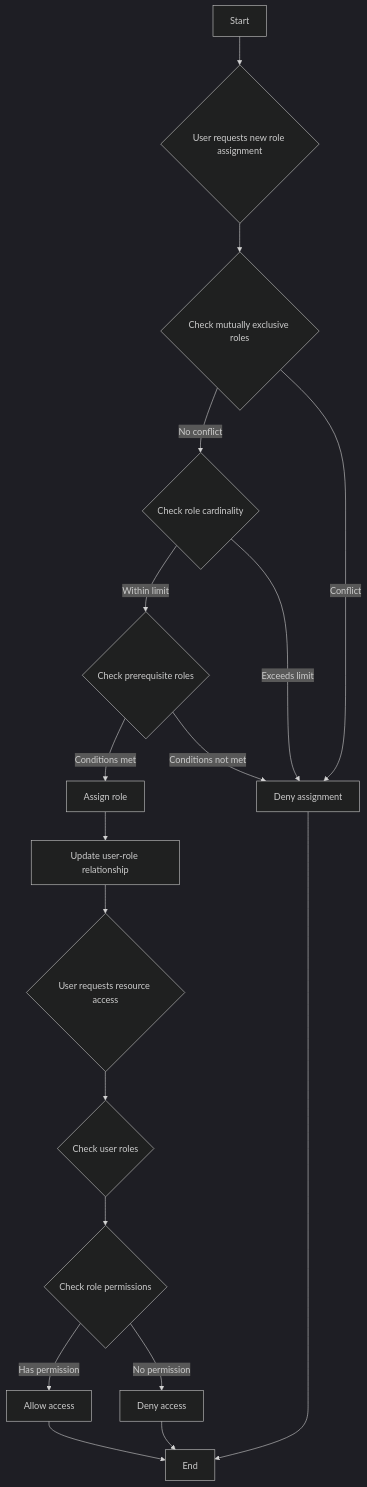
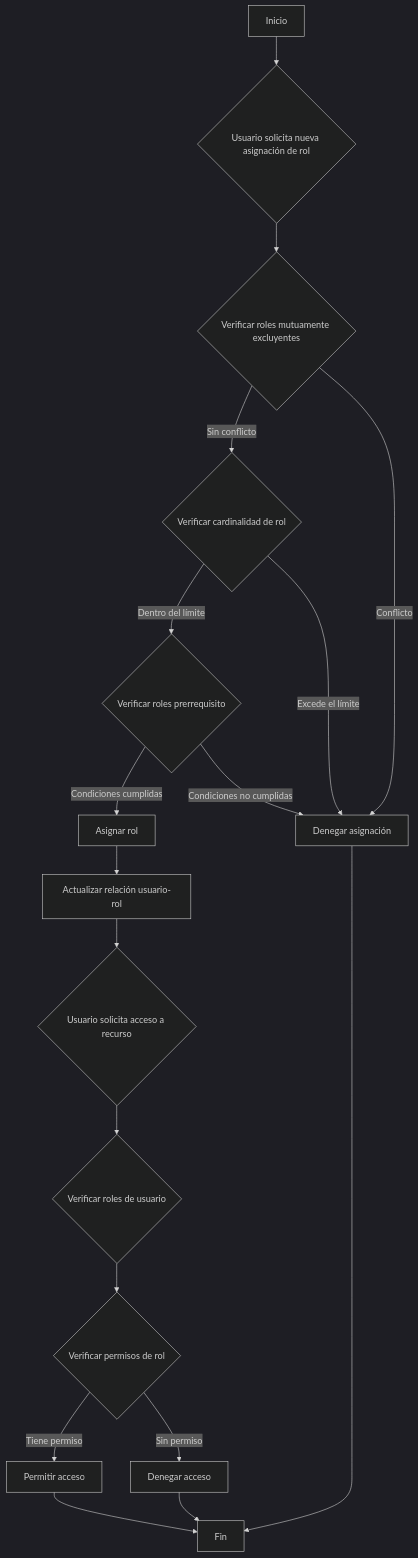
Before and after one commit to logto-io/auth-wiki: the fourth of 4 diagrams in src/content/terms/es/rbac.mdx, drawn with Mermaid (dark theme). The commit also changed other lines of this file and 98 other files, not shown here.

````diff
--- a/src/content/terms/es/rbac.mdx
+++ b/src/content/terms/es/rbac.mdx
@@ -154,20 +259,20 @@
 ```mermaid
 graph TD
-    A[Start] --> B{User requests new role assignment}
-    B --> C{Check mutually exclusive roles}
-    C -->|No conflict| D{Check role cardinality}
-    C -->|Conflict| M[Deny assignment]
-    D -->|Within limit| E{Check prerequisite roles}
-    D -->|Exceeds limit| M
-    E -->|Conditions met| F[Assign role]
-    E -->|Conditions not met| M
-    F --> G[Update user-role relationship]
-    G --> H{User requests resource access}
-    H --> I{Check user roles}
-    I --> J{Check role permissions}
-    J -->|Has permission| K[Allow access]
-    J -->|No permission| L[Deny access]
-    K --> N[End]
+    A[Inicio] --> B{Usuario solicita nueva asignación de rol}
+    B --> C{Verificar roles mutuamente excluyentes}
+    C -->|Sin conflicto| D{Verificar cardinalidad de rol}
+    C -->|Conflicto| M[Denegar asignación]
+    D -->|Dentro del límite| E{Verificar roles prerrequisito}
+    D -->|Excede el límite| M
+    E -->|Condiciones cumplidas| F[Asignar rol]
+    E -->|Condiciones no cumplidas| M
+    F --> G[Actualizar relación usuario-rol]
+    G --> H{Usuario solicita acceso a recurso}
+    H --> I{Verificar roles de usuario}
+    I --> J{Verificar permisos de rol}
+    J -->|Tiene permiso| K[Permitir acceso]
+    J -->|Sin permiso| L[Denegar acceso]
+    K --> N[Fin]
     L --> N
     M --> N
 ```
````
